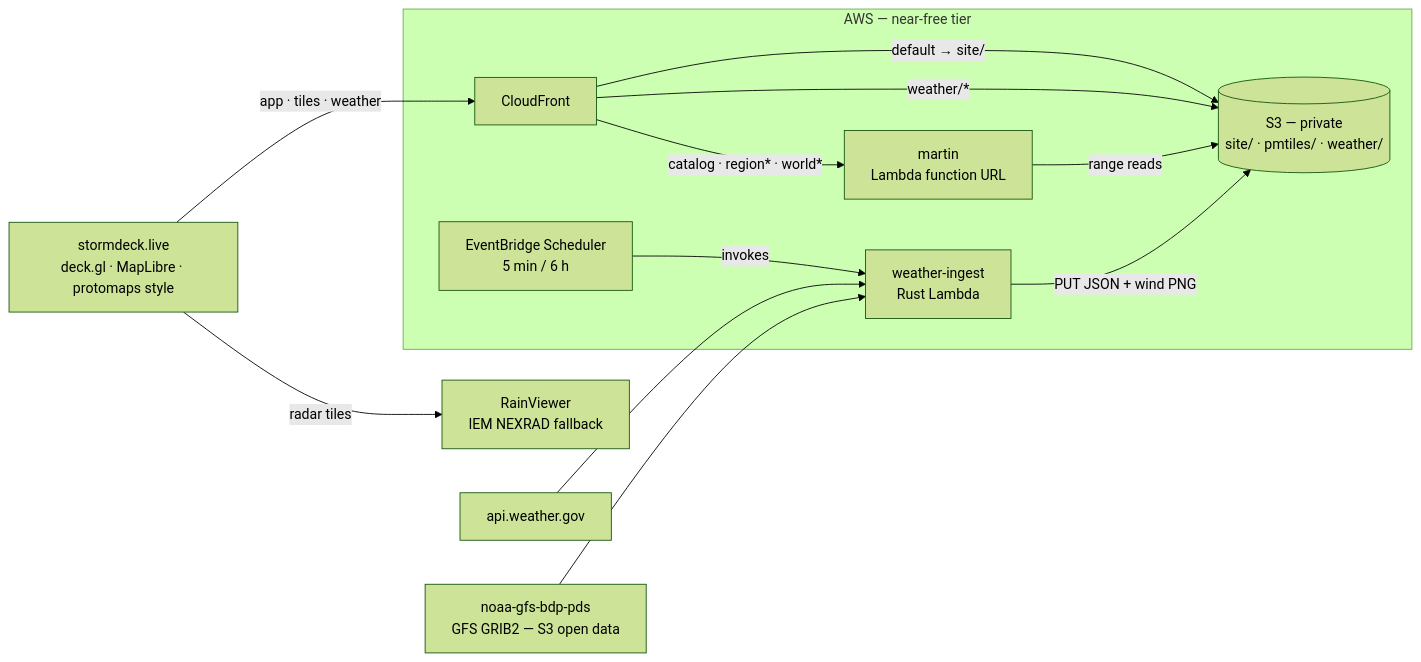
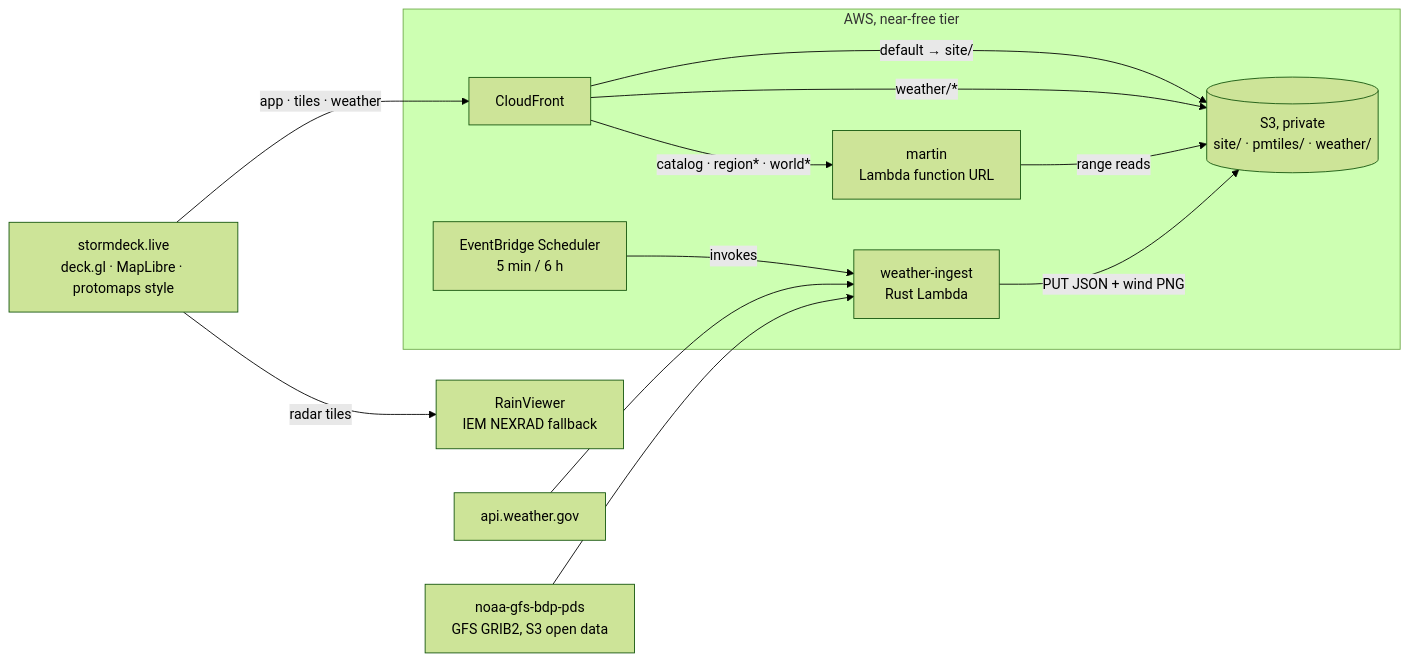
The diagram in README.md (johncarmack1984/stormdeck), drawn with Mermaid (forest theme) before and after one commit. The commit also changed other lines of this file, not shown here.

````diff
--- a/README.md
+++ b/README.md
@@ -13,27 +13,27 @@
 ```mermaid
 flowchart LR
     viewer["stormdeck.live<br/>deck.gl · MapLibre · protomaps style"]
 
-    subgraph aws["AWS — near-free tier"]
+    subgraph aws["AWS, near-free tier"]
         cdn["CloudFront"]
         martin["martin<br/>Lambda function URL"]
-        bucket[("S3 — private<br/>site/ · pmtiles/ · weather/")]
+        bucket[("S3, private<br/>site/ · pmtiles/ · weather/")]
         ingest["weather-ingest<br/>Rust Lambda"]
         sched["EventBridge Scheduler<br/>5 min / 6 h"]
     end
 
     nws["api.weather.gov"]
-    gfs["noaa-gfs-bdp-pds<br/>GFS GRIB2 — S3 open data"]
+    gfs["noaa-gfs-bdp-pds<br/>GFS GRIB2, S3 open data"]
     radar["RainViewer<br/>IEM NEXRAD fallback"]
 
     viewer -->|"app · tiles · weather"| cdn
     viewer -->|"radar tiles"| radar
     cdn -->|"default → site/"| bucket
     cdn -->|"catalog · region* · world*"| martin
     cdn -->|"weather/*"| bucket
     martin -->|"range reads"| bucket
     sched -->|"invokes"| ingest
     nws --> ingest
     gfs --> ingest
     ingest -->|"PUT JSON + wind PNG"| bucket
 ```
````
